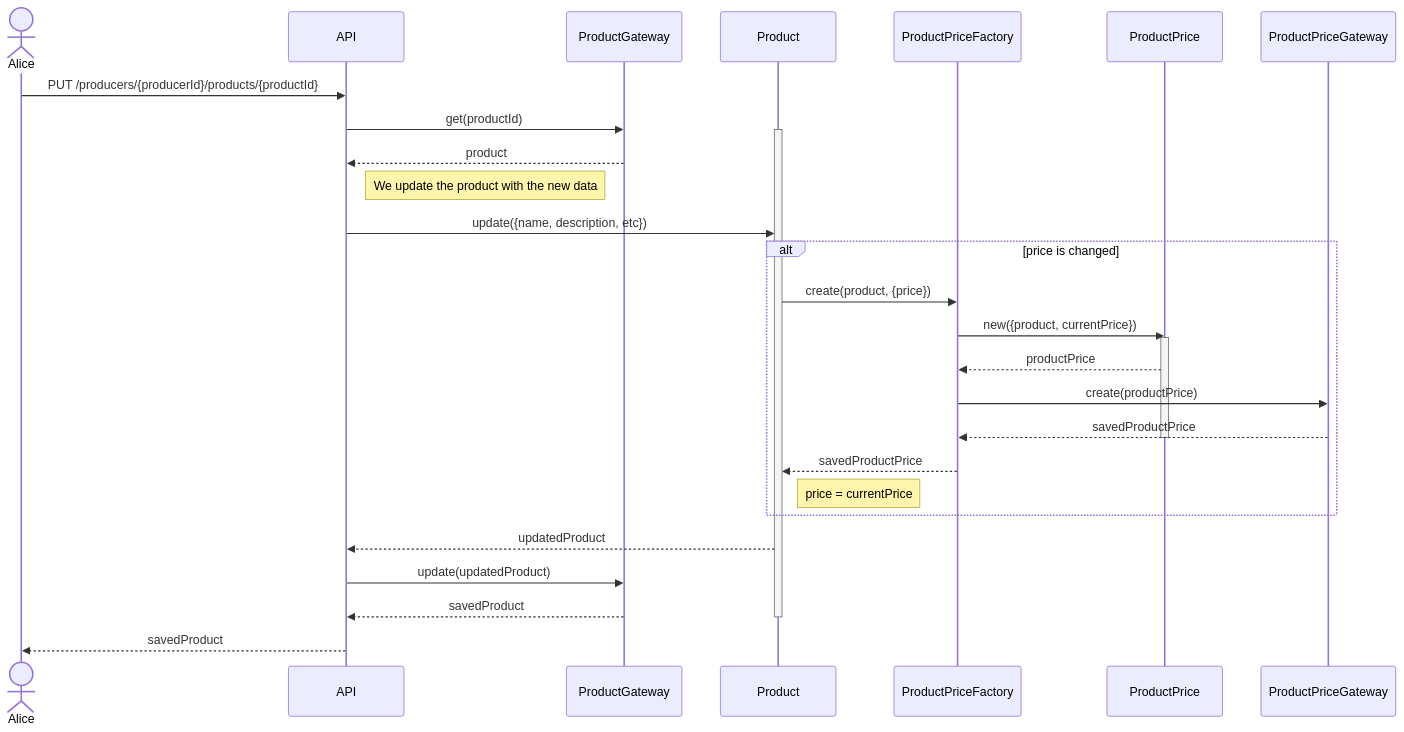
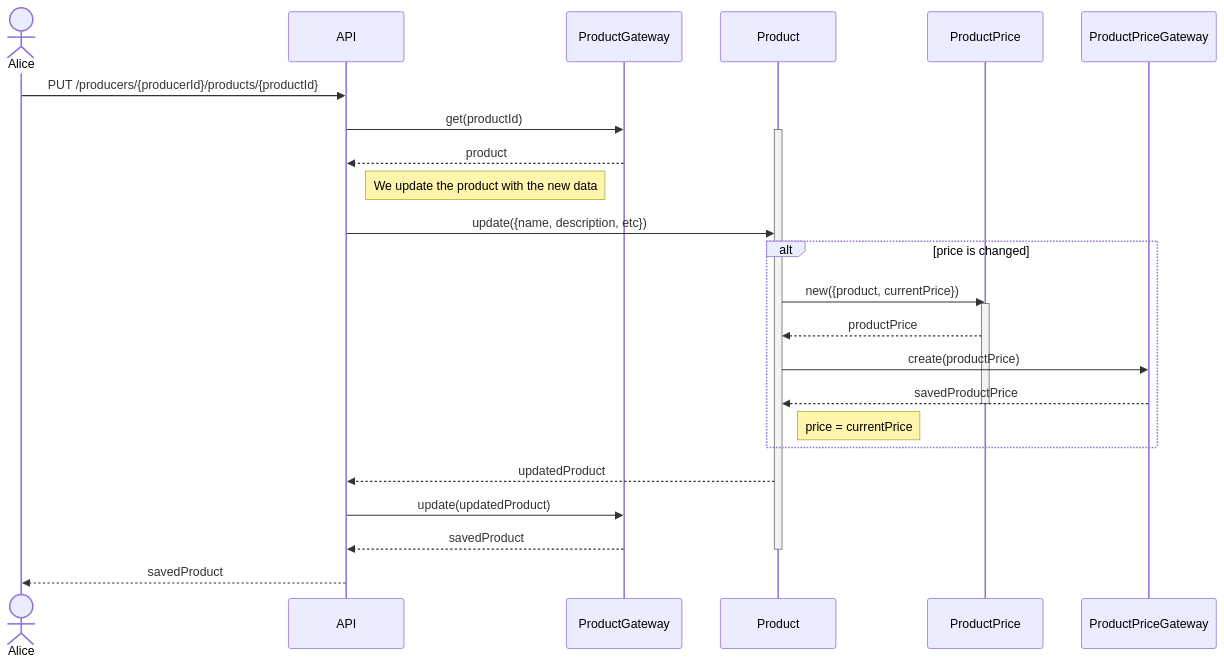
Diagram 23 of 32 in sequence.md (hivetown/planning), drawn with Mermaid before and after one commit. The commit also changed other lines of this file, not shown here.

````diff
--- a/sequence.md
+++ b/sequence.md
@@ -858,41 +834,38 @@
 ```mermaid
 sequenceDiagram
     actor A as Alice
     participant API as API
     participant PG as ProductGateway
     participant P as Product
-    participant PPF as ProductPriceFactory
     participant PP as ProductPrice
     participant PPG as ProductPriceGateway
 
     A ->> API: PUT /producers/{producerId}/products/{productId}
 
     API ->> PG: get(productId)
     activate P
     PG -->> API: product
 
     Note right of API: We update the product with the new data
     API ->> P: update({name, description, etc})
     
     alt price is changed
-        P ->> PPF: create(product, {price})
-        PPF ->> PP: new({product, currentPrice})
+        P ->> PP: new({product, currentPrice})
         activate PP
-        PP -->> PPF: productPrice
-        PPF ->> PPG: create(productPrice)
-        PPG -->> PPF: savedProductPrice
+        PP -->> P: productPrice
+        P ->> PPG: create(productPrice)
+        PPG -->> P: savedProductPrice
         deactivate PP
-        PPF -->> P: savedProductPrice
 
         Note right of P: price = currentPrice
     end
 
 
     P -->> API: updatedProduct
 
     API ->> PG: update(updatedProduct)
     PG -->> API: savedProduct
     deactivate P
 
     API -->> A: savedProduct
 ```
````
